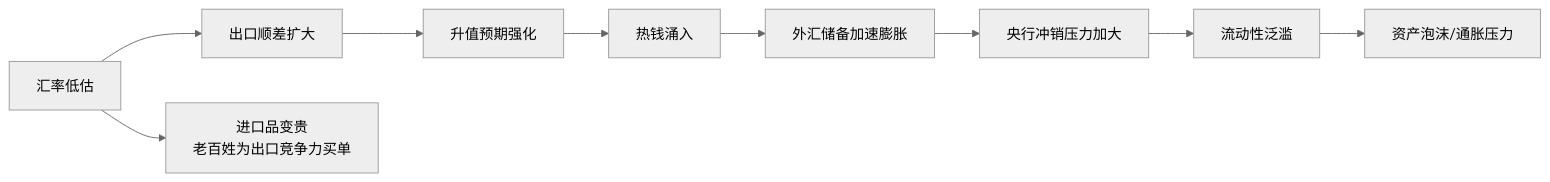
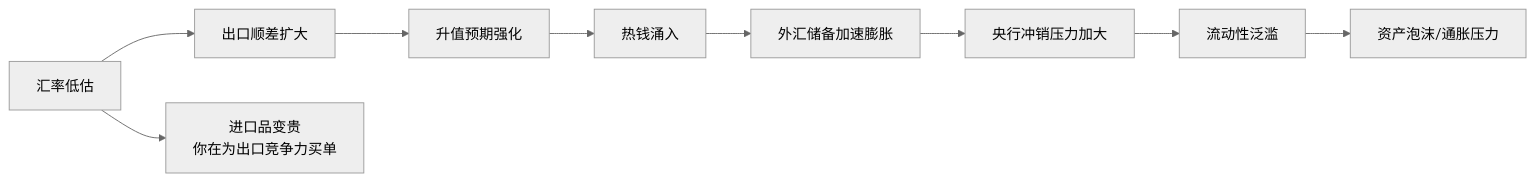
The second of 3 diagrams in 知识库/经济类/《见证失衡》 - 余永定.md (xdawayer/obsidian), drawn with Mermaid (neutral theme) before and after one commit. The commit also changed other lines of this file and 43 other files, not shown here.

````diff
--- a/知识库/经济类/《见证失衡》 - 余永定.md
+++ b/知识库/经济类/《见证失衡》 - 余永定.md
@@ -100,11 +104,11 @@
 ```mermaid
 graph LR
     A[汇率低估] --> B[出口顺差扩大]
     B --> C[升值预期强化]
     C --> D[热钱涌入]
     D --> E[外汇储备加速膨胀]
     E --> F[央行冲销压力加大]
     F --> G[流动性泛滥]
     G --> H[资产泡沫/通胀压力]
-    A --> I[进口品变贵<br/>老百姓为出口竞争力买单]
+    A --> I[进口品变贵<br/>你在为出口竞争力买单]
 ```
````
